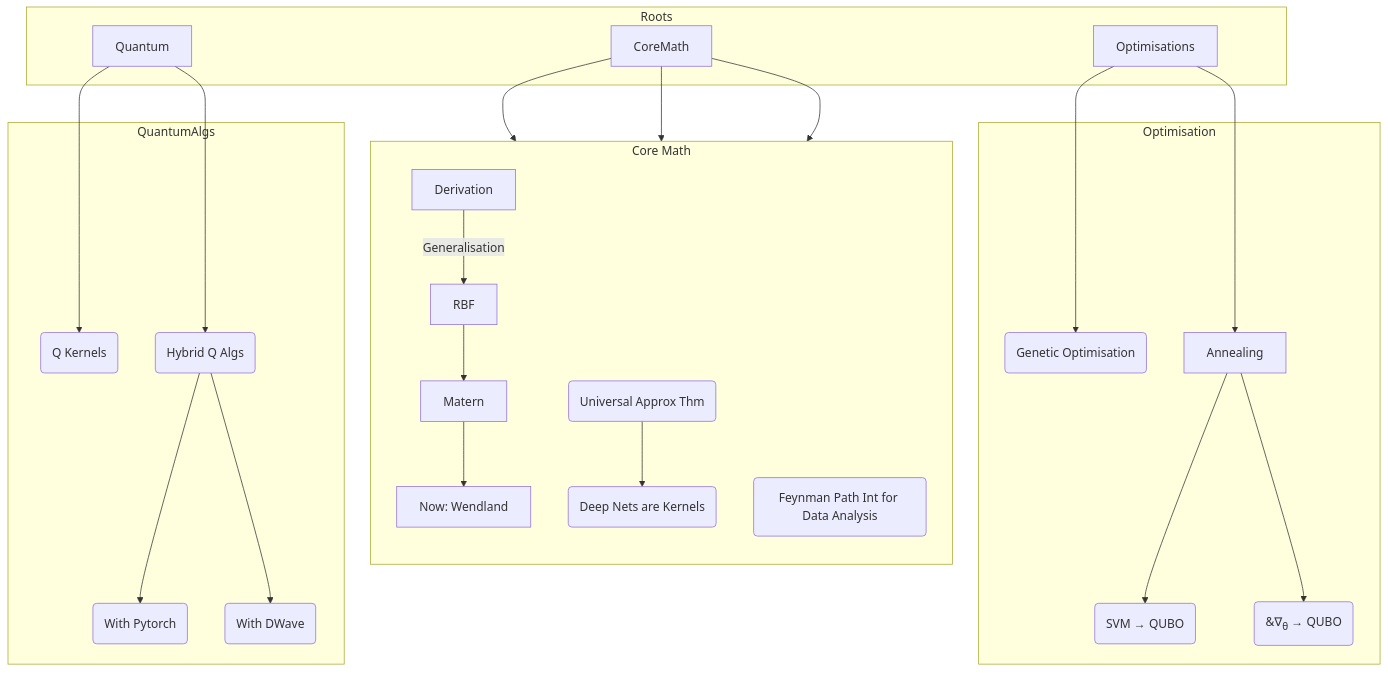
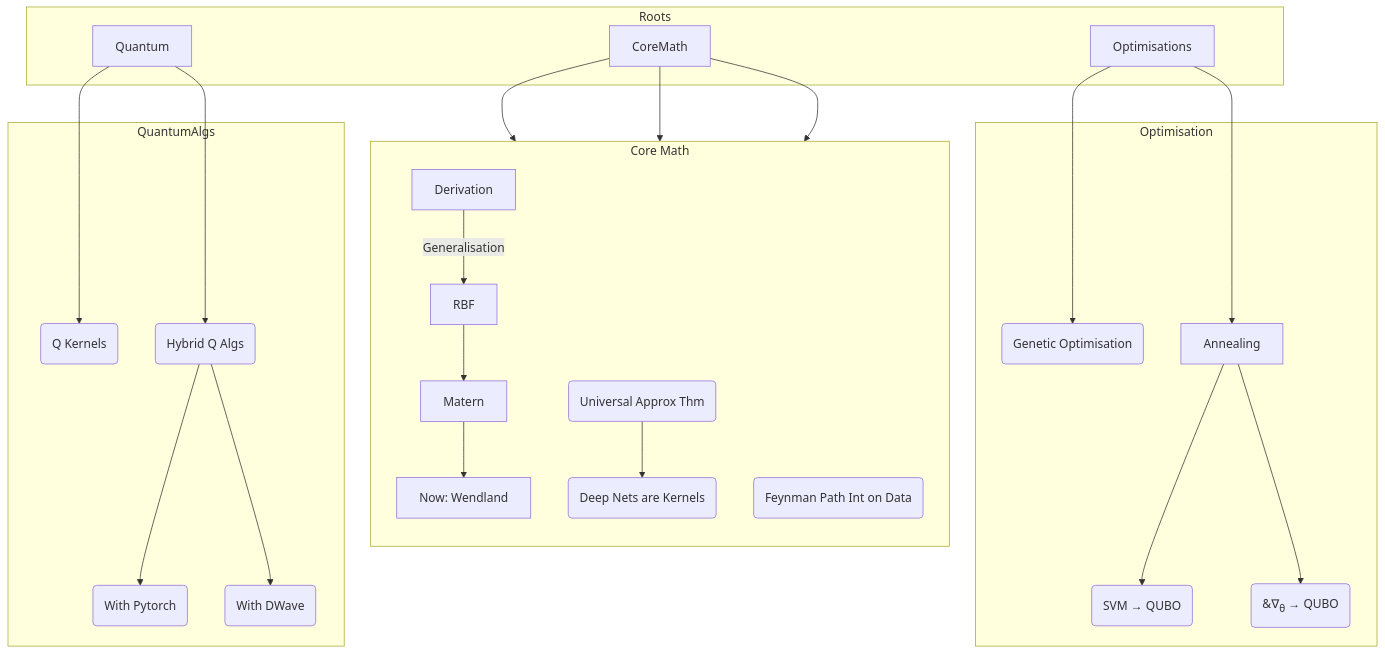
Before and after one commit to plutoniumm/QKerns: the diagram in src/routes/timeline/assets/timeline.mmd, drawn with Mermaid. The commit also changed 3 other files, not shown here.

```diff
--- a/src/routes/timeline/assets/timeline.mmd
+++ b/src/routes/timeline/assets/timeline.mmd
@@ -1,29 +1,29 @@
 graph TB
   subgraph Roots
         CoreMath
         Optimisations
         Quantum
     end
 
     subgraph CMS["Core Math"]
         direction TB
         Derivation -- Generalisation --> RBF --> Matern --> x["Now: Wendland"]
         CoreMath --> Derivation
 
         CoreMath --> UAT("Universal Approx Thm") --> DeepNets("Deep Nets are Kernels")
-        CoreMath --> FeynmanPath("Feynman Path Int for Data Analysis")
+        CoreMath --> FeynmanPath("Feynman Path Int on Data")
     end
 
     subgraph Opti["Optimisation"]
         Optimisations --> GeneticOpti("Genetic Optimisation")
         Optimisations --> Annealing --> SVM2QUBO("SVM &rarr; QUBO")
              Annealing --> GradonQUBO("&#8711;<sub>&theta;</sub> &rarr; QUBO")
     end
 
     subgraph QLG["QuantumAlgs"]
         Quantum --> QKerns("Q Kernels")
         Quantum --> Hybrid("Hybrid Q Algs")
 
         Hybrid --> WPytorch("With Pytorch")
         Hybrid --> WDWave("With DWave")
     end
```
